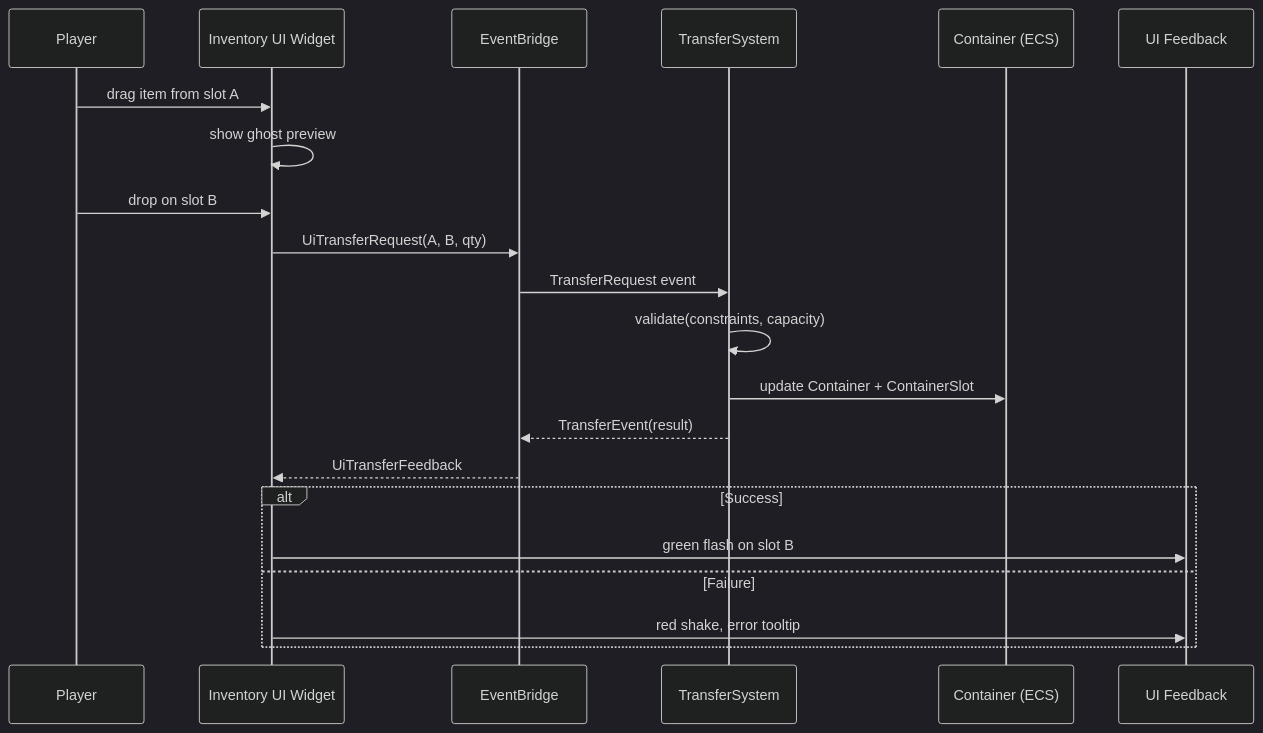
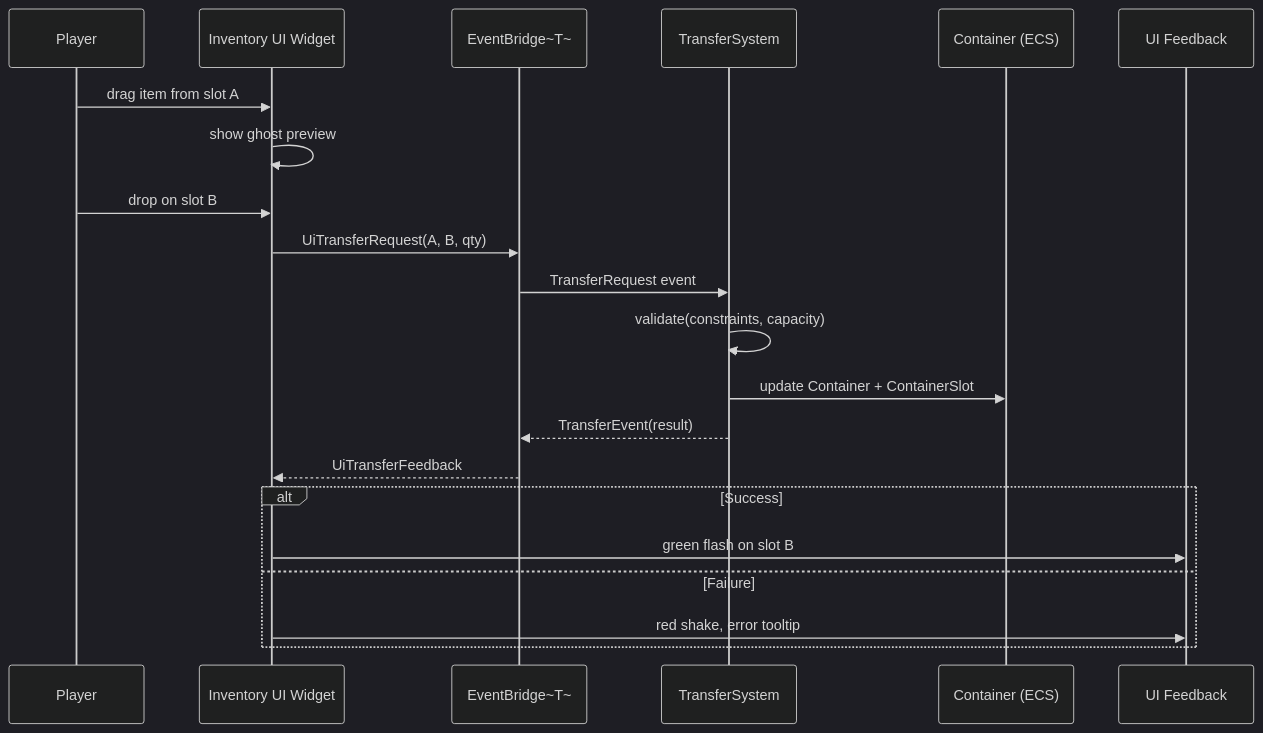
Before and after one commit to harmonius-dev/harmonius: the third of 3 diagrams in docs/design/integration/containers-slots-ui.md, drawn with Mermaid (dark theme). The commit also changed other lines of this file and 109 other files, not shown here.

````diff
--- a/docs/design/integration/containers-slots-ui.md
+++ b/docs/design/integration/containers-slots-ui.md
@@ -200,24 +377,24 @@
 ```mermaid
 sequenceDiagram
     participant PL as Player
     participant UI as Inventory UI Widget
-    participant EB as EventBridge
+    participant EB as EventBridge~T~
     participant TS as TransferSystem
     participant CT as Container (ECS)
     participant FB as UI Feedback
 
     PL->>UI: drag item from slot A
     UI->>UI: show ghost preview
     PL->>UI: drop on slot B
     UI->>EB: UiTransferRequest(A, B, qty)
     EB->>TS: TransferRequest event
     TS->>TS: validate(constraints, capacity)
     TS->>CT: update Container + ContainerSlot
     TS-->>EB: TransferEvent(result)
     EB-->>UI: UiTransferFeedback
     alt Success
         UI->>FB: green flash on slot B
     else Failure
         UI->>FB: red shake, error tooltip
     end
 ```
````
